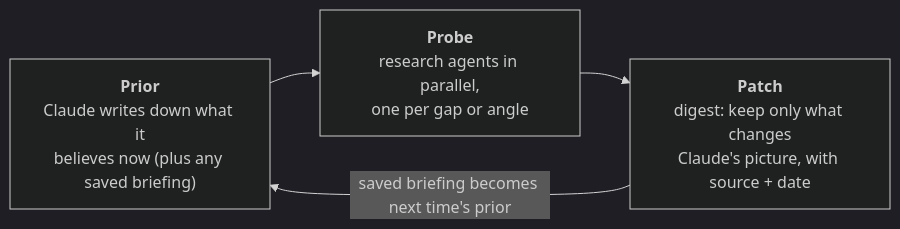
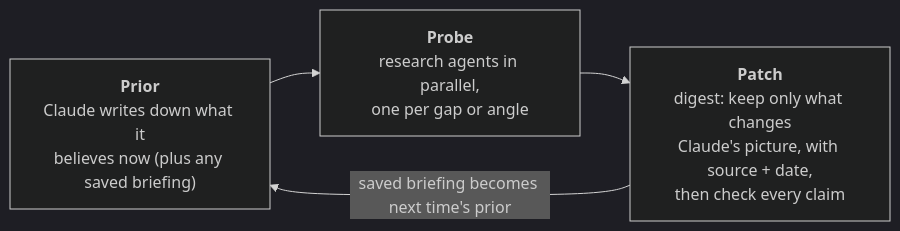
One commit to yi-li-yang/deep-research changed the diagram in README.md. Above: the diagram before and after it, drawn with Mermaid (dark theme). The commit also changed other lines of this file and 1 other file, not shown here.

First line of the commit message:
README and design doc: the build-time check, and the two new briefings

````diff
--- a/README.md
+++ b/README.md
@@ -35,8 +36,8 @@
 ```mermaid
 flowchart LR
     P["<b>Prior</b><br/>Claude writes down what it<br/>believes now (plus any saved briefing)"]
     R["<b>Probe</b><br/>research agents in parallel,<br/>one per gap or angle"]
-    B["<b>Patch</b><br/>digest: keep only what changes<br/>Claude's picture, with source + date"]
+    B["<b>Patch</b><br/>digest: keep only what changes<br/>Claude's picture, with source + date,<br/>then check every claim"]
     P --> R --> B
     B -- "saved briefing becomes next time's prior" --> P
 ```
````
